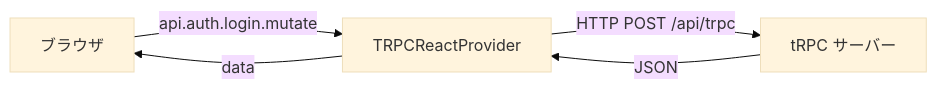
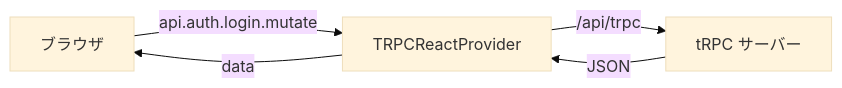
The second of 5 diagrams in material/30days-curriculum/day08_サイドバーを完成させよう.md (kouiso/task-app), drawn with Mermaid (base theme) before and after one commit. The commit also changed other lines of this file and 2 other files, not shown here.

````diff
--- a/material/30days-curriculum/day08_サイドバーを完成させよう.md
+++ b/material/30days-curriculum/day08_サイドバーを完成させよう.md
@@ -101,7 +101,7 @@
 ```mermaid
 flowchart LR
     A[ブラウザ] -->|api.auth.login.mutate| B[TRPCReactProvider]
-    B -->|HTTP POST /api/trpc| C[tRPC サーバー]
+    B -->|/api/trpc| C[tRPC サーバー]
     C -->|JSON| B
     B -->|data| A
 ```
````
